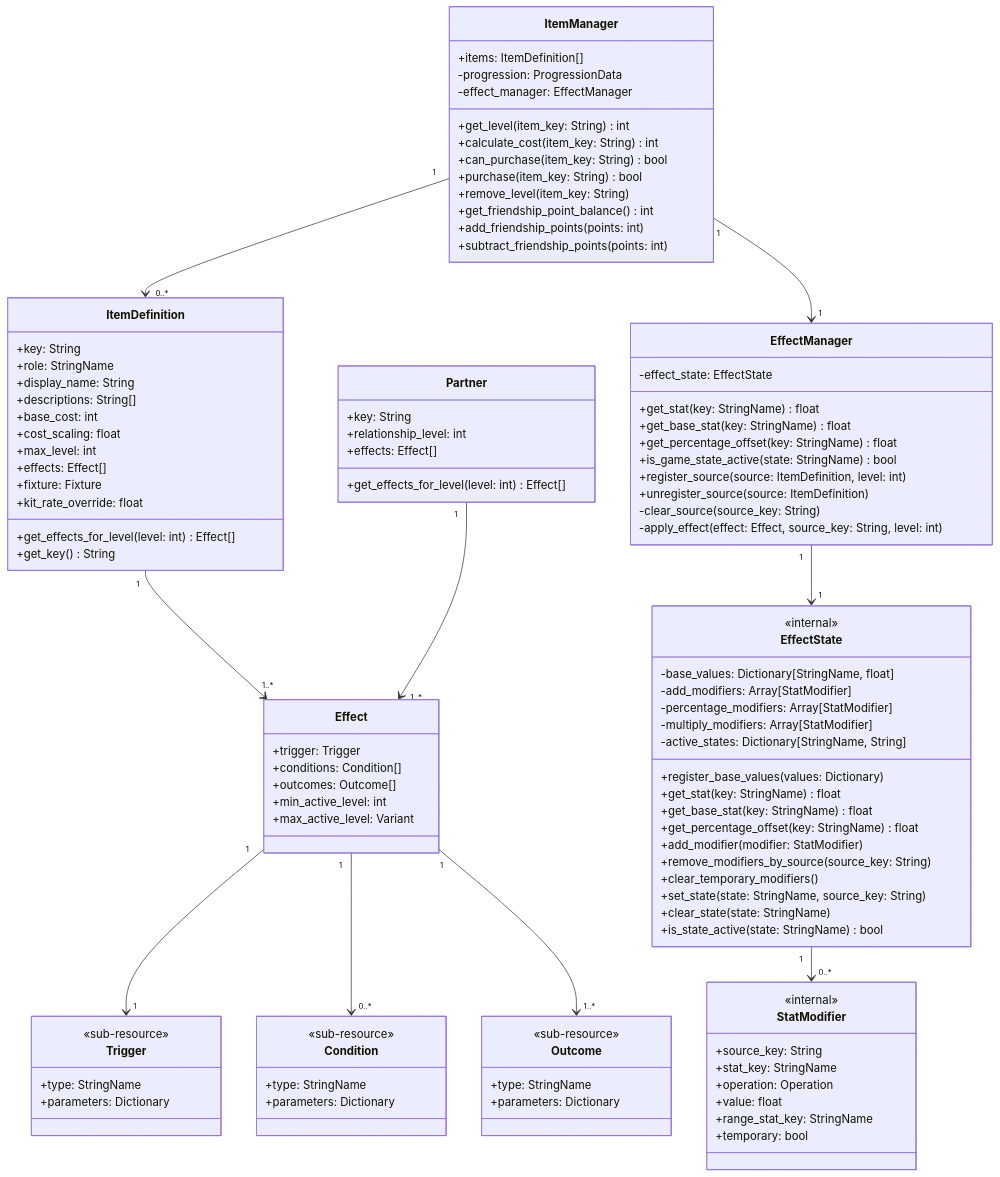
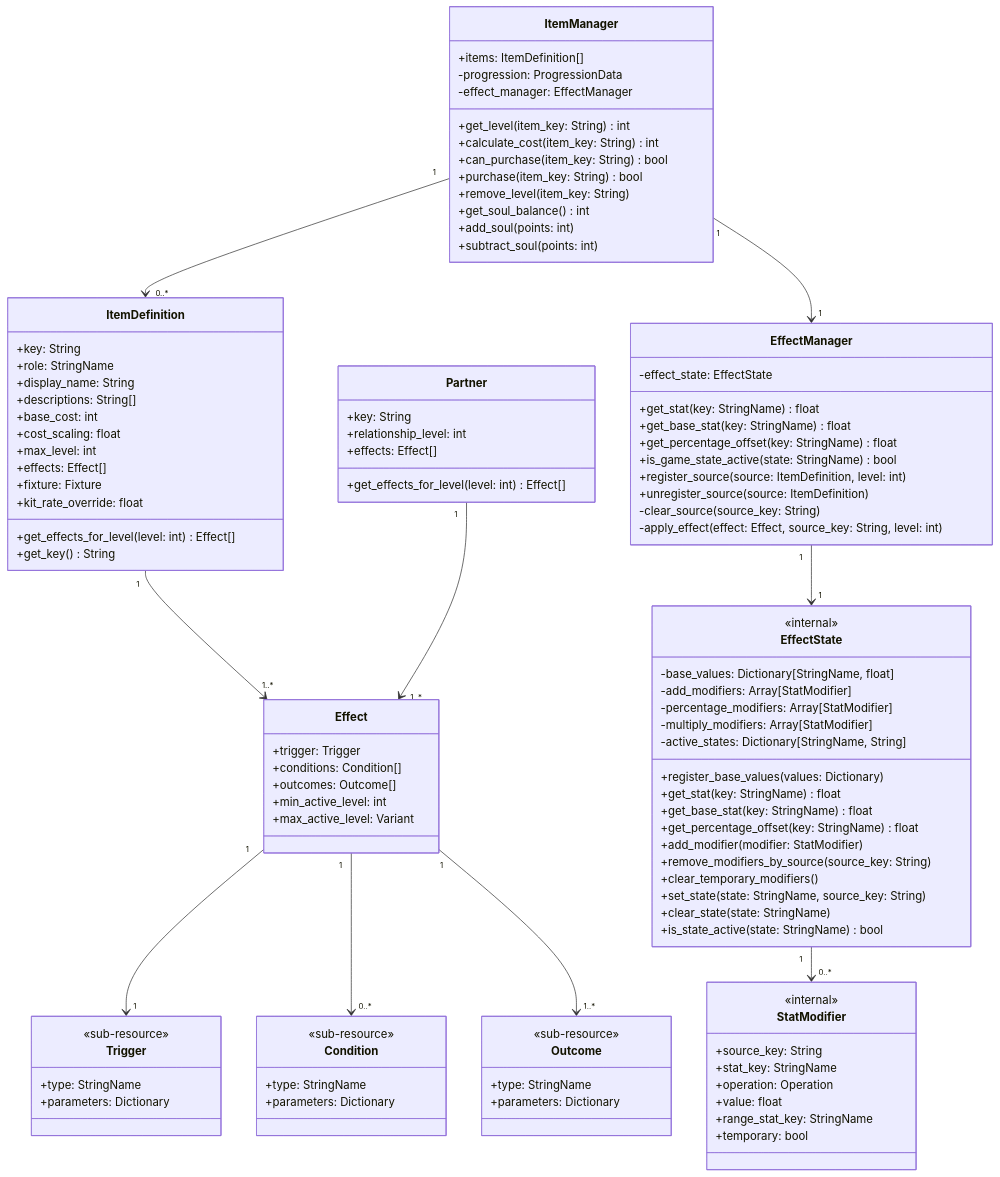
Before and after one commit to shuck-dev/volley: the diagram in designs/01-prototype/tech/effect-system.md, drawn with Mermaid. The commit also changed 84 other files, not shown here.

First line of the commit message:
refactor: rename friendship to soul across scripts, scenes, tests, and docs

```diff
--- a/designs/01-prototype/tech/effect-system.md
+++ b/designs/01-prototype/tech/effect-system.md
@@ -65,9 +65,9 @@
         +can_purchase(item_key: String) bool
         +purchase(item_key: String) bool
         +remove_level(item_key: String)
-        +get_friendship_point_balance() int
-        +add_friendship_points(points: int)
-        +subtract_friendship_points(points: int)
+        +get_soul_balance() int
+        +add_soul(points: int)
+        +subtract_soul(points: int)
     }
 
     class EffectManager {
```
